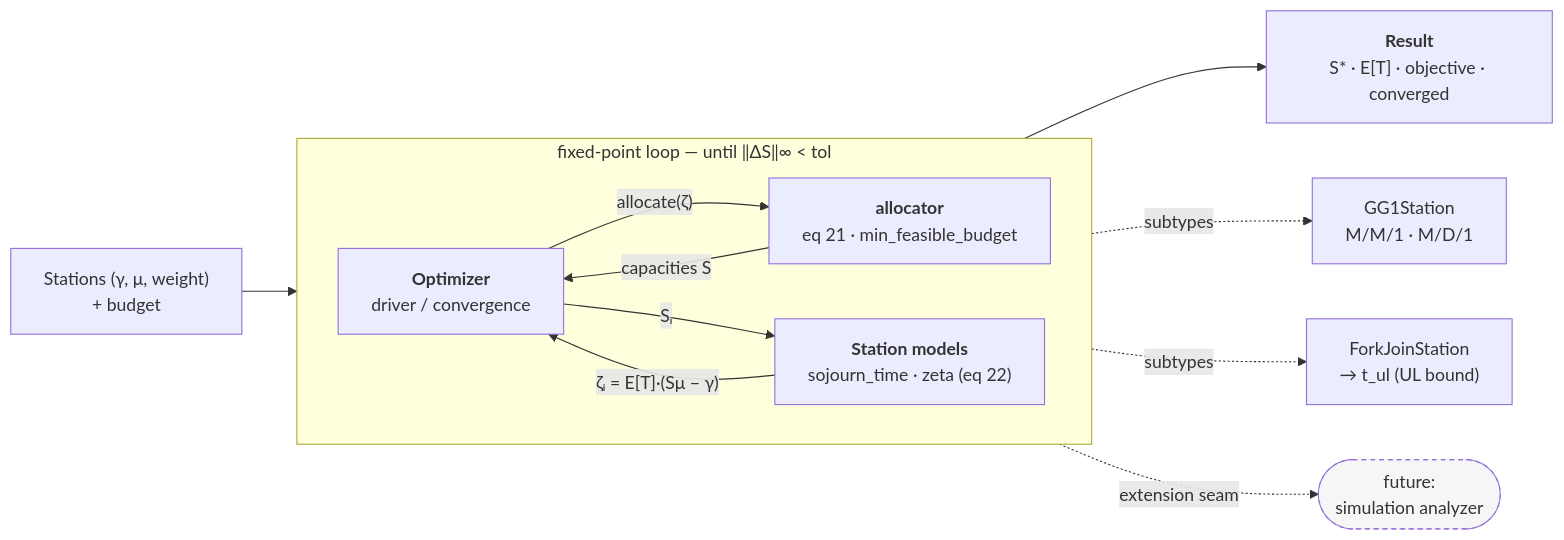
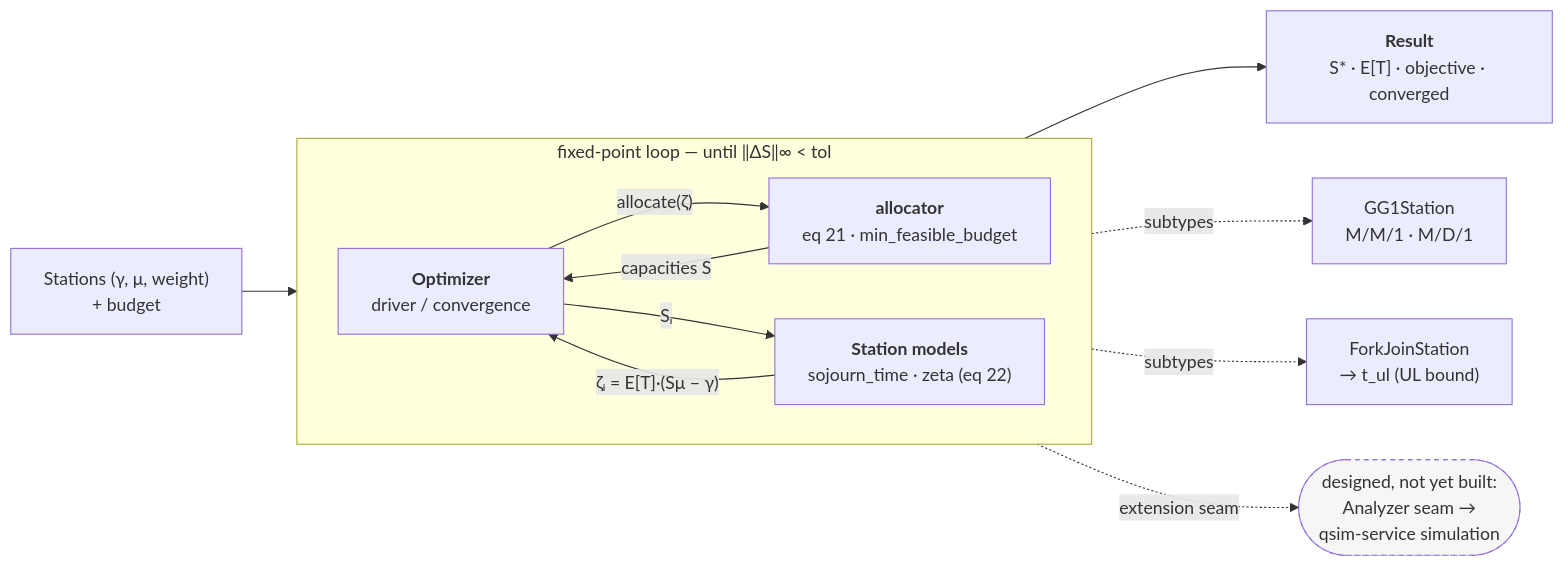
Before and after one commit to atantawi/quantum-optimizer: the diagram in README.md, drawn with Mermaid. The commit also changed other lines of this file and 3 other files, not shown here.

First line of the commit message:
docs: design spec for simulation support via qsim-service (#3)

````diff
--- a/README.md
+++ b/README.md
@@ -25,23 +25,23 @@
 ```mermaid
 flowchart LR
     IN["Stations (γ, μ, weight)<br/>+ budget"] --> OPT
 
     subgraph LOOP["fixed-point loop — until ‖ΔS‖∞ &lt; tol"]
         direction LR
         OPT["<b>Optimizer</b><br/>driver / convergence"]
         ALLOC["<b>allocator</b><br/>eq 21 · min_feasible_budget"]
         STA["<b>Station models</b><br/>sojourn_time · zeta (eq 22)"]
         OPT -- "allocate(ζ)" --> ALLOC
         ALLOC -- "capacities S" --> OPT
         OPT -- "Sᵢ" --> STA
         STA -- "ζᵢ = E[T]·(Sμ − γ)" --> OPT
     end
 
     OPT --> RES["<b>Result</b><br/>S* · E[T] · objective · converged"]
 
     STA -. subtypes .-> GG1["GG1Station<br/>M/M/1 · M/D/1"]
     STA -. subtypes .-> FJ["ForkJoinStation<br/>→ t_ul (UL bound)"]
-    STA -. "extension seam" .-> FUT(["future:<br/>simulation analyzer"]):::future
+    STA -. "extension seam" .-> FUT(["designed, not yet built:<br/>Analyzer seam →<br/>qsim-service simulation"]):::future
 
     classDef future stroke-dasharray: 4 4,fill:#f6f6f6;
 ```
````
